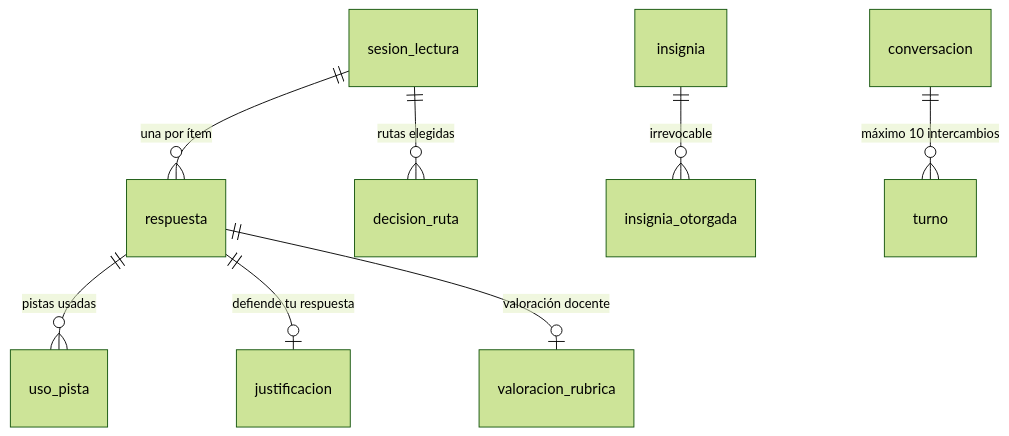
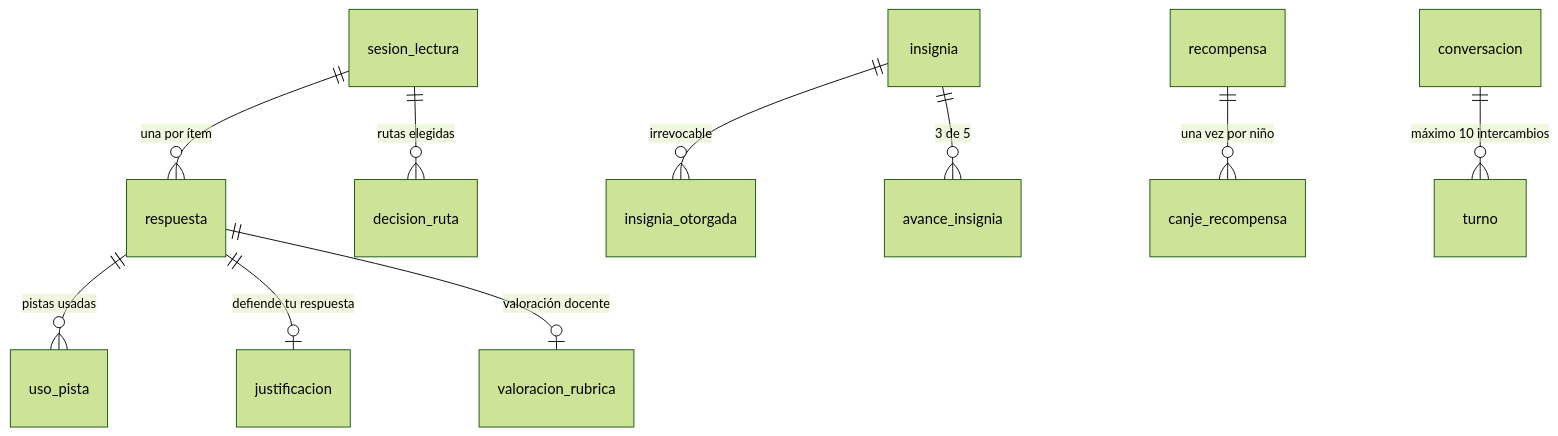
One commit to mireell-01/GESTION_WEB_LECTURA changed the third of 3 diagrams in docs/datos/modelo-de-datos.md. Above: the diagram before and after it, drawn with Mermaid (forest theme). The commit also changed other lines of this file and 95 other files, not shown here.

````diff
--- a/docs/datos/modelo-de-datos.md
+++ b/docs/datos/modelo-de-datos.md
@@ -82,10 +82,12 @@
 ```mermaid
 erDiagram
   sesion_lectura ||--o{ respuesta : "una por ítem"
   sesion_lectura ||--o{ decision_ruta : "rutas elegidas"
   respuesta ||--o{ uso_pista : "pistas usadas"
   respuesta ||--o| justificacion : "defiende tu respuesta"
   respuesta ||--o| valoracion_rubrica : "valoración docente"
   insignia ||--o{ insignia_otorgada : "irrevocable"
+  insignia ||--o{ avance_insignia : "3 de 5"
+  recompensa ||--o{ canje_recompensa : "una vez por niño"
   conversacion ||--o{ turno : "máximo 10 intercambios"
 ```
````
